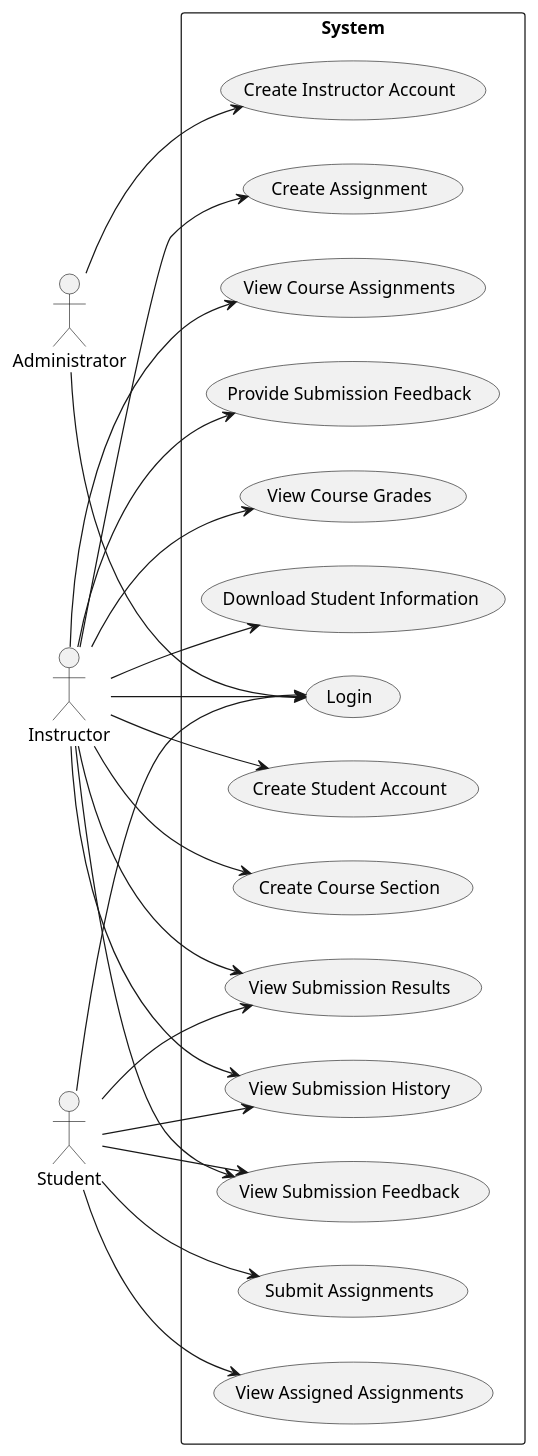
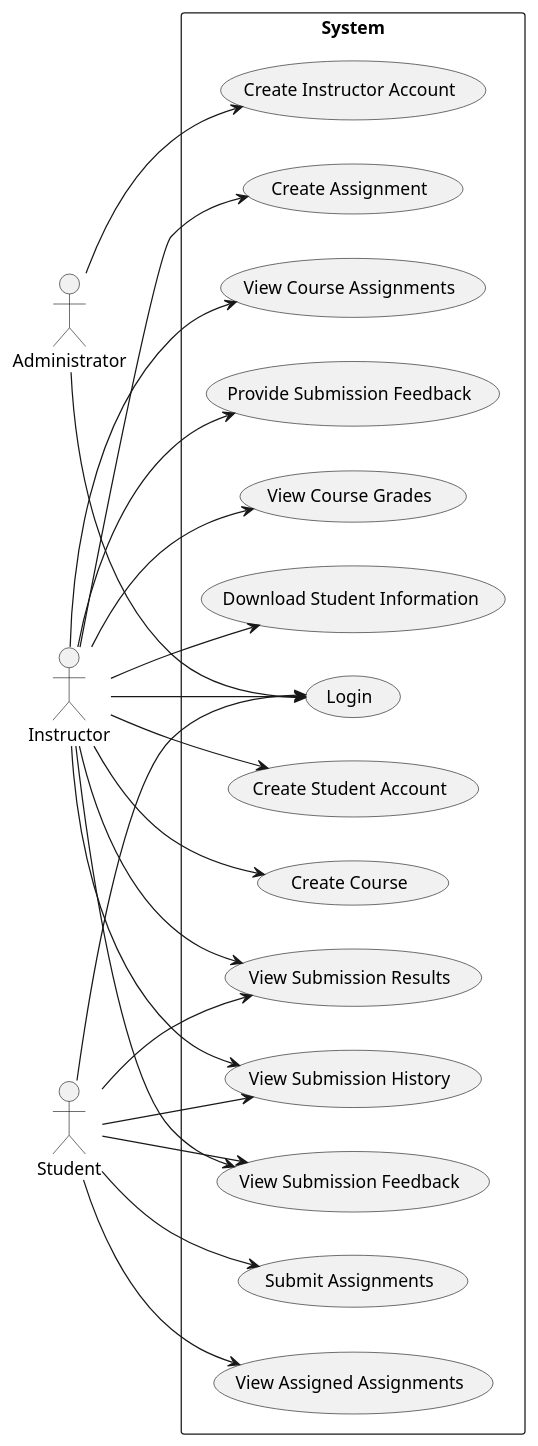
Before and after one commit to LittleTealeaf/SER-340-Project: the diagram in docs/srs/diagrams.puml, drawn with PlantUML. The commit also changed 1 other file, not shown here.

```diff
--- a/docs/srs/diagrams.puml
+++ b/docs/srs/diagrams.puml
@@ -1,49 +1,49 @@
 @startuml Use Case Diagram
 skinparam packageStyle rectangle
 left to right direction
 
 :Administrator:
 :Instructor:
 :Student:
 
 
 rectangle System {
 
   (Login)
   (Create Instructor Account)
   (Create Student Account)
-  (Create Course Section)
+  (Create Course)
   (Create Assignment)
   (View Assigned Assignments)
   (View Course Assignments)
   (Submit Assignments)
   (View Submission Results)
   (View Submission History)
   (Provide Submission Feedback)
   (View Submission Feedback)
   (View Course Grades)
   (Download Student Information)
+}
+Administrator --> (Login)
+Administrator --> (Create Instructor Account)
+Instructor --> (Login)
+Instructor --> (Create Student Account)
+Instructor --> (Create Course)
+Instructor --> (Create Assignment)
+Instructor --> (View Submission Results)
+Instructor --> (View Submission History)
+Instructor --> (View Course Assignments)
+Instructor --> (View Submission Feedback)
+Instructor --> (Provide Submission Feedback)
+Instructor --> (View Course Grades)
+Instructor --> (Download Student Information)
+Student --> (Login)
+Student --> (View Submission History)
+Student --> (View Submission Results)
+Student --> (Submit Assignments)
+Student --> (View Submission Feedback)
+Student --> (View Assigned Assignments)
 
-  Administrator --> Login
-  Instructor --> (Login)
-  Student --> (Login)
-  Administrator --> (Create Instructor Account)
-  Instructor --> (Create Student Account)
-  Instructor --> (Create Course Section)
-  Instructor --> (Create Assignment)
-  Instructor --> (View Submission Results)
-  Student --> (View Submission Results)
-  Instructor --> (View Submission History)
-  Student --> (View Submission History)
-  Instructor --> (View Submission Feedback)
-  Student --> (View Submission Feedback)
-  Instructor --> (Provide Submission Feedback)
-  Instructor --> (View Course Grades)
-  Instructor --> (Download Student Information)
-  Student --> (Submit Assignments)
-  Student --> (View Assigned Assignments)
-  Instructor --> (View Course Assignments)
-}
 
 
 @enduml
```
